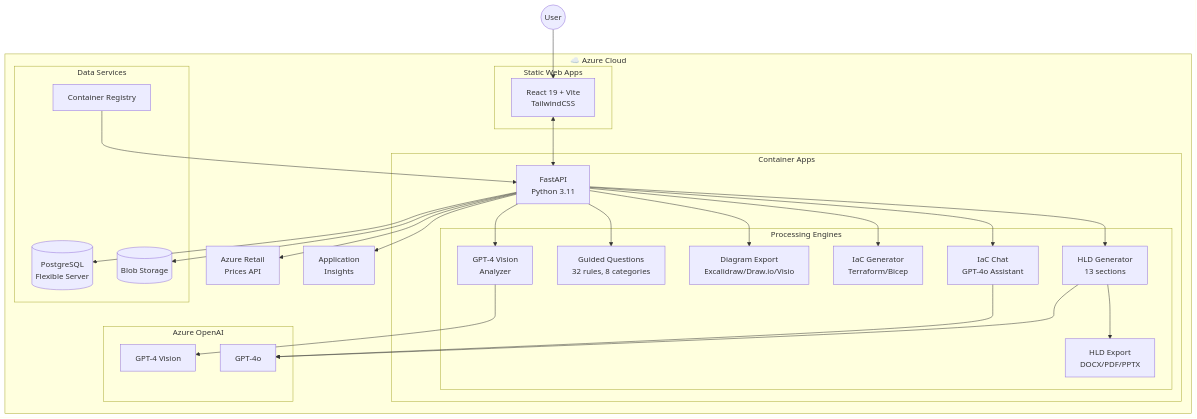
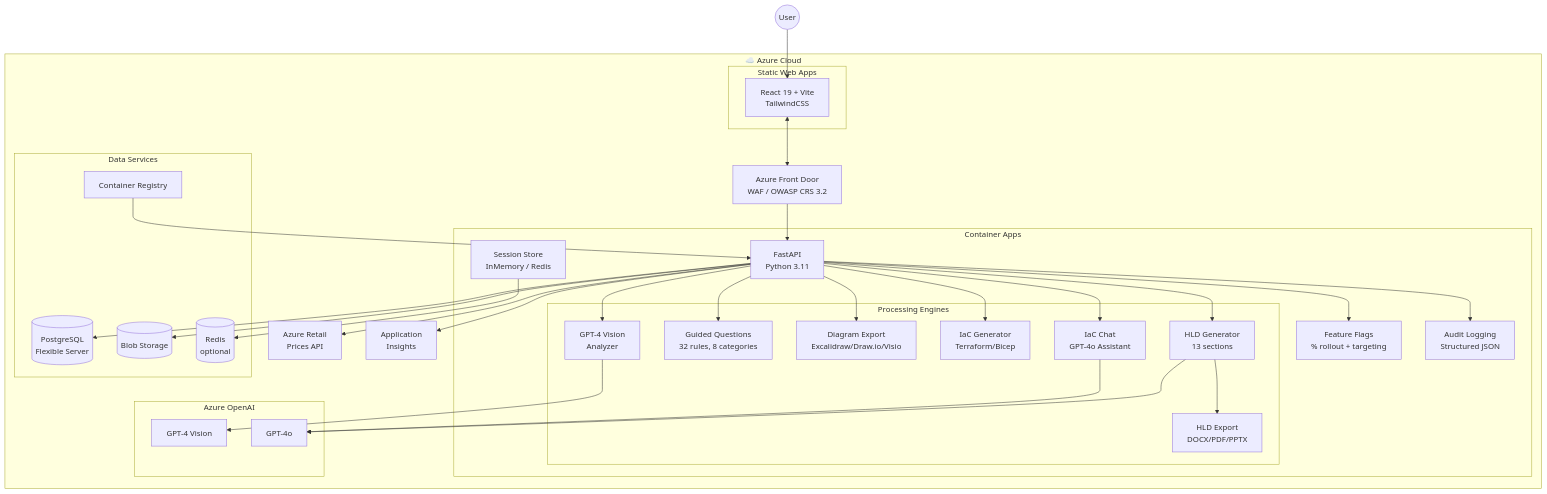
The first of 2 diagrams in README.md (idokatz86/Archmorph), drawn with Mermaid before and after one commit. The commit also changed other lines of this file and 7 other files, not shown here.

````diff
--- a/README.md
+++ b/README.md
@@ -86,50 +93,59 @@
 ```mermaid
 flowchart TB
     subgraph Azure["☁️ Azure Cloud"]
         subgraph Frontend["Static Web Apps"]
             UI[React 19 + Vite<br/>TailwindCSS]
         end
+        
+        WAF[Azure Front Door<br/>WAF / OWASP CRS 3.2]
         
         subgraph Backend["Container Apps"]
             API[FastAPI<br/>Python 3.11]
             subgraph Engines["Processing Engines"]
                 Vision[GPT-4 Vision<br/>Analyzer]
                 GQ[Guided Questions<br/>32 rules, 8 categories]
                 Export[Diagram Export<br/>Excalidraw/Draw.io/Visio]
                 IaC[IaC Generator<br/>Terraform/Bicep]
                 HLD[HLD Generator<br/>13 sections]
                 HLDExport[HLD Export<br/>DOCX/PDF/PPTX]
                 Chat[IaC Chat<br/>GPT-4o Assistant]
             end
+            FeatureFlags[Feature Flags<br/>% rollout + targeting]
+            AuditLog[Audit Logging<br/>Structured JSON]
+            SessionStore[Session Store<br/>InMemory / Redis]
         end
         
         subgraph Data["Data Services"]
             ACR[Container Registry]
             DB[(PostgreSQL<br/>Flexible Server)]
             Blob[(Blob Storage)]
+            Redis[(Redis<br/>optional)]
         end
         
         subgraph AI["Azure OpenAI"]
             GPT4V[GPT-4 Vision]
             GPT4O[GPT-4o]
         end
         
         Pricing[Azure Retail<br/>Prices API]
         AppInsights[Application<br/>Insights]
     end
     
     User((User)) --> UI
-    UI <--> API
+    UI <--> WAF --> API
     API --> Vision --> GPT4V
     API --> GQ
     API --> Export
     API --> IaC
     API --> HLD --> GPT4O
     HLD --> HLDExport
     API --> Chat --> GPT4O
     API --> Pricing
     API --> DB
     API --> Blob
+    API --> FeatureFlags
+    API --> AuditLog
+    SessionStore --> Redis
     ACR --> API
     API --> AppInsights
 ```
````
